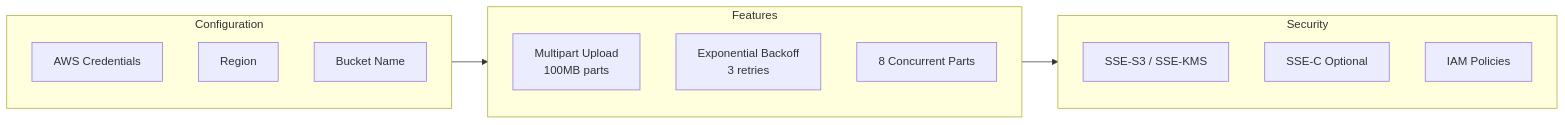
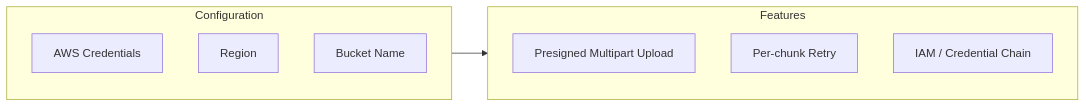
Before and after one commit to winnyboy5/mediagit-core: the second of 10 diagrams in CLOUD_ARCHITECTURE.md, drawn with Mermaid. The commit also changed other lines of this file and 558 other files, not shown here.

````diff
--- a/CLOUD_ARCHITECTURE.md
+++ b/CLOUD_ARCHITECTURE.md
@@ -54,22 +54,16 @@
 ```mermaid
 flowchart LR
     subgraph Config["Configuration"]
         CREDS[AWS Credentials]
         REGION[Region]
         BUCKET[Bucket Name]
     end
     
     subgraph Features["Features"]
-        MULTI[Multipart Upload<br/>100MB parts]
-        RETRY[Exponential Backoff<br/>3 retries]
-        CONC[8 Concurrent Parts]
+        MULTI[Presigned Multipart Upload]
+        RETRY[Per-chunk Retry]
+        IAM[IAM / Credential Chain]
     end
     
-    subgraph Security["Security"]
-        SSE[SSE-S3 / SSE-KMS]
-        SSEC[SSE-C Optional]
-        IAM[IAM Policies]
-    end
-    
-    Config --> Features --> Security
+    Config --> Features
 ```
````
